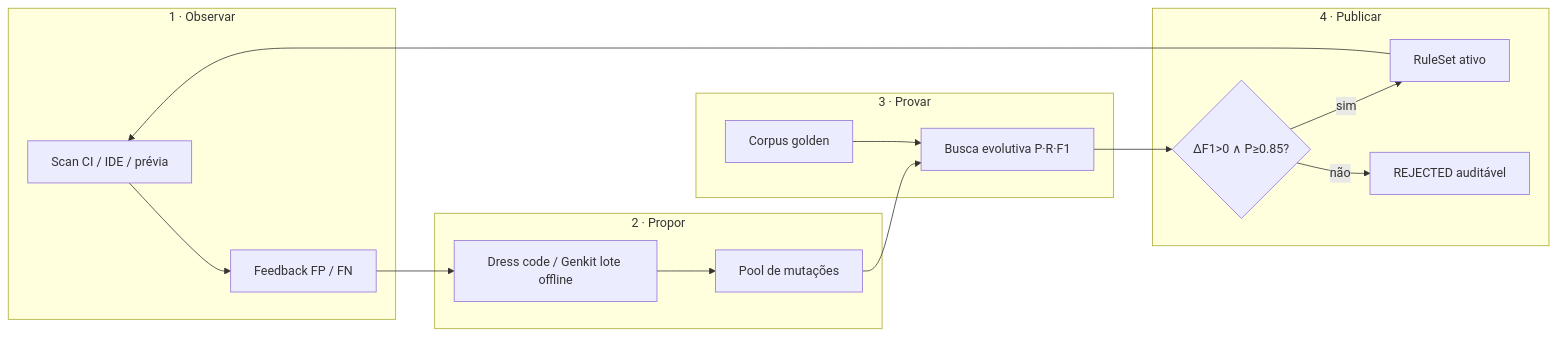
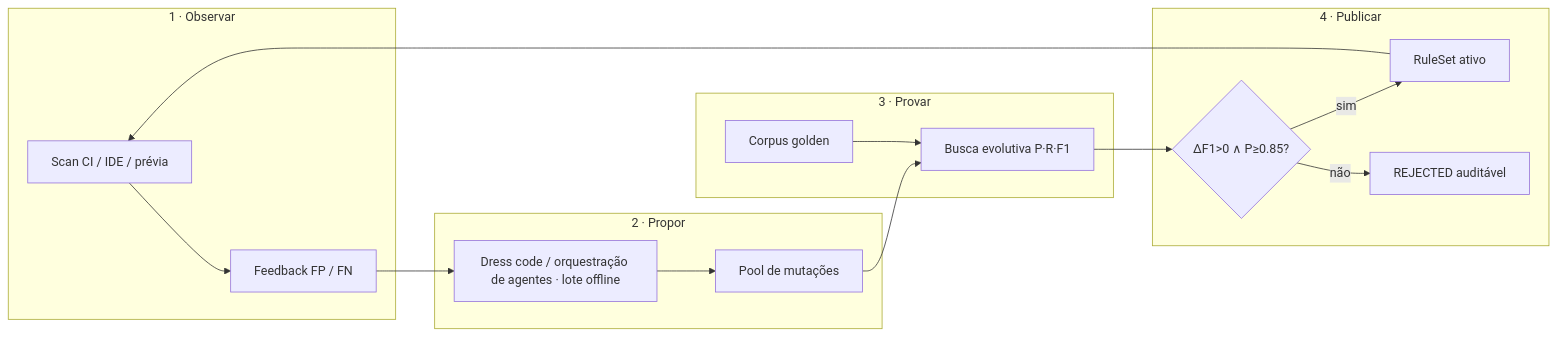
The first of 2 diagrams in docs/wiki/Esteira-de-aprendizado-de-regras.md (nbsjunior/codehero), drawn with Mermaid before and after one commit. The commit also changed other lines of this file and 37 other files, not shown here.

````diff
--- a/docs/wiki/Esteira-de-aprendizado-de-regras.md
+++ b/docs/wiki/Esteira-de-aprendizado-de-regras.md
@@ -12,26 +12,26 @@
 ```mermaid
 flowchart LR
   subgraph O["1 · Observar"]
     S["Scan CI / IDE / prévia"]
     F["Feedback FP / FN"]
   end
   subgraph P["2 · Propor"]
-    D["Dress code / Genkit lote offline"]
+    D["Dress code / orquestração de agentes · lote offline"]
     M["Pool de mutações"]
   end
   subgraph V["3 · Provar"]
     C["Corpus golden"]
     G["Busca evolutiva P·R·F1"]
   end
   subgraph U["4 · Publicar"]
     Q{"ΔF1>0 ∧ P≥0.85?"}
     R["RuleSet ativo"]
     X["REJECTED auditável"]
   end
   S --> F --> D --> M --> G
   C --> G
   G --> Q
   Q -->|sim| R
   Q -->|não| X
   R --> S
 ```
````
